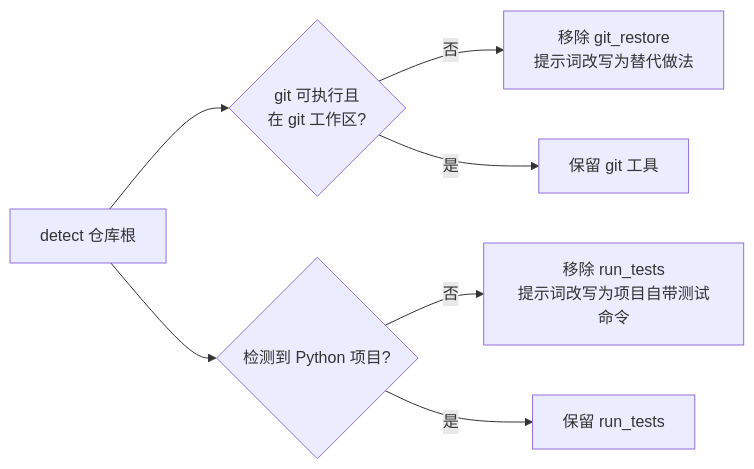
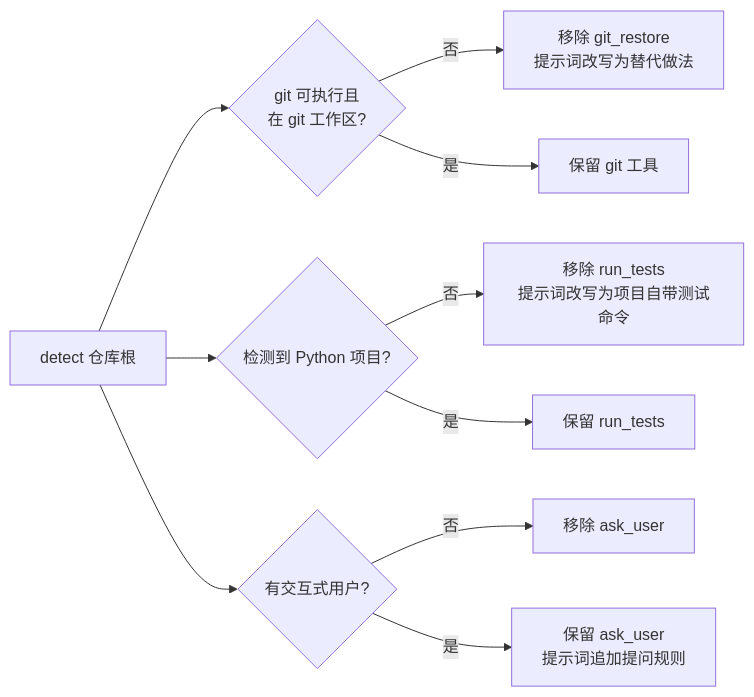
Before and after one commit to 573486592837/Breeze: the eighth of 10 diagrams in docs/ARCHITECTURE.md, drawn with Mermaid. The commit also changed other lines of this file and 5 other files, not shown here.

First line of the commit message:
test/docs: 覆盖 ask_user 边界并更新说明

````diff
--- a/docs/ARCHITECTURE.md
+++ b/docs/ARCHITECTURE.md
@@ -373,9 +378,12 @@
 ```mermaid
 flowchart LR
     A[detect 仓库根] --> B{git 可执行且<br/>在 git 工作区?}
     B -- 否 --> C[移除 git_restore<br/>提示词改写为替代做法]
     B -- 是 --> D[保留 git 工具]
     A --> E{检测到 Python 项目?}
     E -- 否 --> F[移除 run_tests<br/>提示词改写为项目自带测试命令]
     E -- 是 --> G[保留 run_tests]
+    A --> H{有交互式用户?}
+    H -- 否 --> I[移除 ask_user]
+    H -- 是 --> J[保留 ask_user<br/>提示词追加提问规则]
 ```
````
